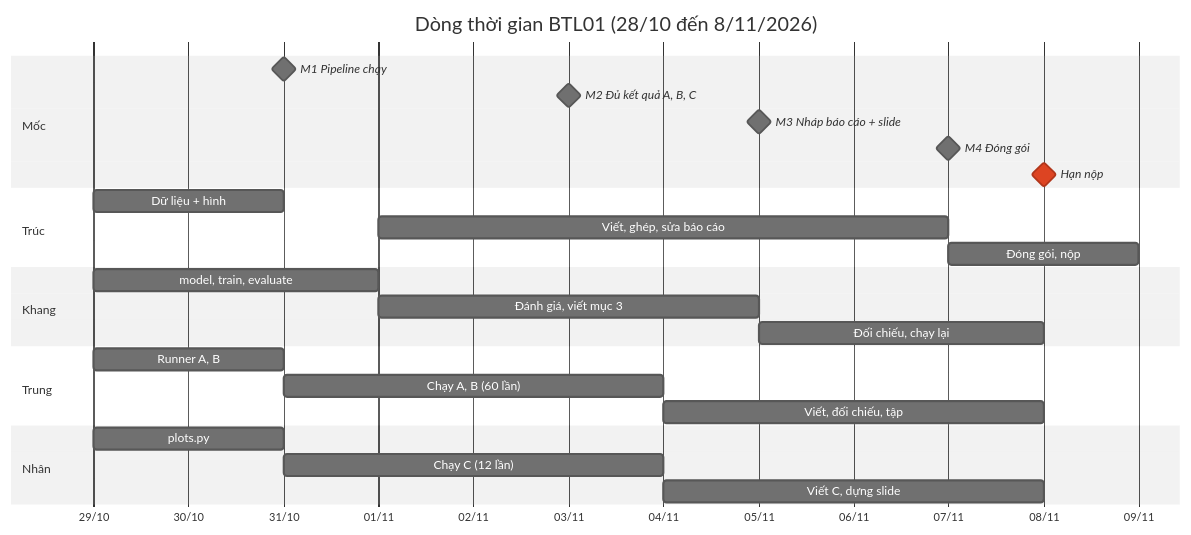
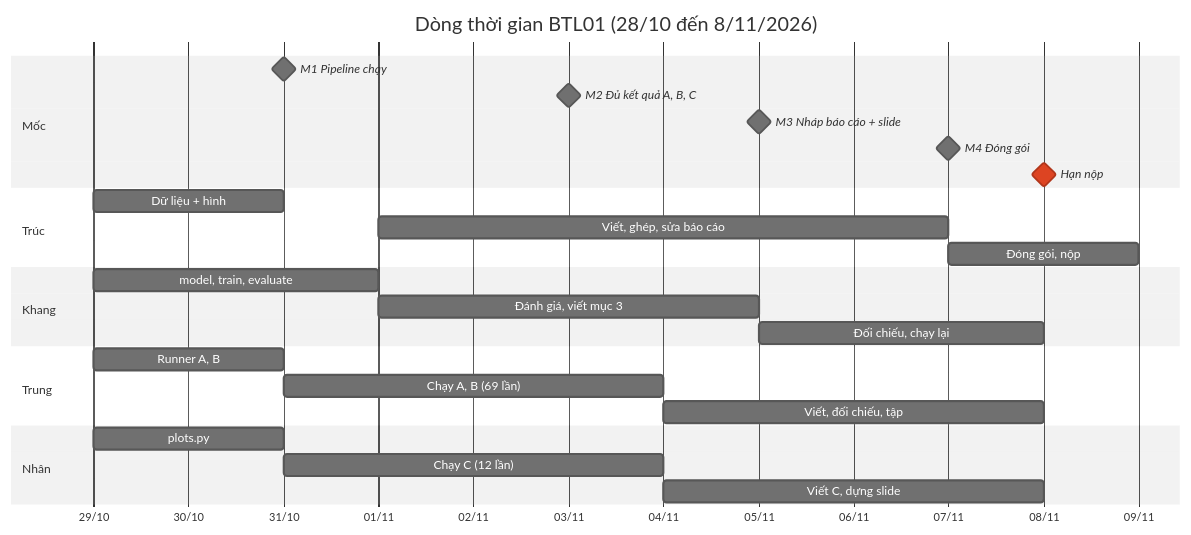
Before and after one commit to TysonNgo25/deep-learning-assignments: the diagram in BTL01 - Function Approximation/Kế hoạch.md, drawn with Mermaid (neutral theme). The commit also changed other lines of this file and 7 other files, not shown here.

````diff
--- a/BTL01 - Function Approximation/Kế hoạch.md
+++ b/BTL01 - Function Approximation/Kế hoạch.md
@@ -59,28 +59,28 @@
 ```mermaid
 gantt
     title Dòng thời gian BTL01 (28/10 đến 8/11/2026)
     dateFormat YYYY-MM-DD
     axisFormat %d/%m
     section Mốc
     M1 Pipeline chạy              :milestone, m1, 2026-10-31, 0d
     M2 Đủ kết quả A, B, C         :milestone, m2, 2026-11-03, 0d
     M3 Nháp báo cáo + slide       :milestone, m3, 2026-11-05, 0d
     M4 Đóng gói                   :milestone, m4, 2026-11-07, 0d
     Hạn nộp                       :crit, milestone, nop, 2026-11-08, 0d
     section Trúc
     Dữ liệu + hình                :2026-10-29, 2d
     Viết, ghép, sửa báo cáo       :2026-11-01, 6d
     Đóng gói, nộp                 :2026-11-07, 2d
     section Khang
     model, train, evaluate        :2026-10-29, 3d
     Đánh giá, viết mục 3          :2026-11-01, 4d
     Đối chiếu, chạy lại           :2026-11-05, 3d
     section Trung
     Runner A, B                   :2026-10-29, 2d
-    Chạy A, B (60 lần)            :2026-10-31, 4d
+    Chạy A, B (69 lần)            :2026-10-31, 4d
     Viết, đối chiếu, tập          :2026-11-04, 4d
     section Nhân
     plots.py                      :2026-10-29, 2d
     Chạy C (12 lần)               :2026-10-31, 4d
     Viết C, dựng slide            :2026-11-04, 4d
 ```
````
